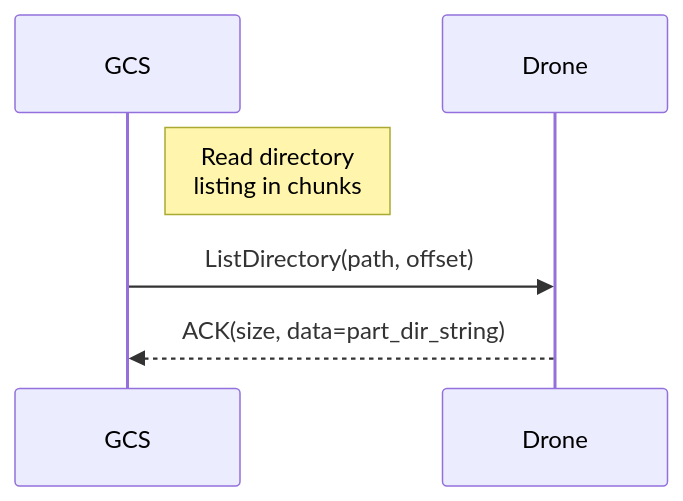
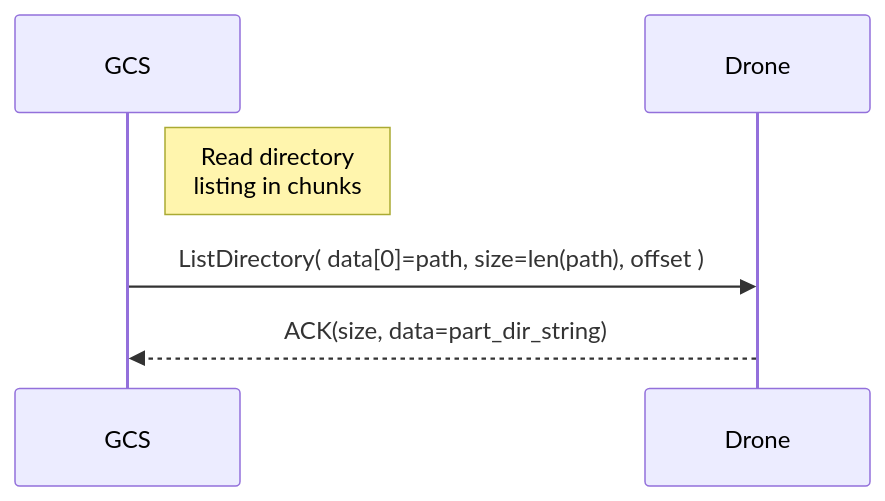
One commit to mavlink/mavlink-devguide changed the fifth of 7 diagrams in en/protocol/ftp.md. Above: the diagram before and after it, drawn with Mermaid. The commit also changed other lines of this file, not shown here.

Commit message:
Add missing operations - create directory etc

```diff
--- a/en/protocol/ftp.md
+++ b/en/protocol/ftp.md
@@ -189,8 +287,8 @@
 {% mermaid %}
 sequenceDiagram;
     participant GCS
     participant Drone
     Note right of GCS: Read directory<br>listing in chunks
-    GCS->>Drone:  ListDirectory(path, offset)
+    GCS->>Drone:  ListDirectory( data[0]=path, size=len(path), offset )
     Drone-->>GCS: ACK(size, data=part_dir_string)
 {% endmermaid %}
```
